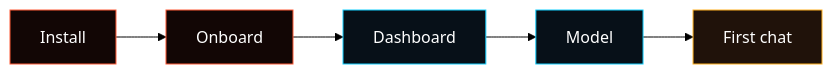
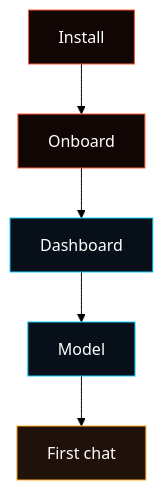
The diagram in docs/start/getting-started.md (fased-ai/fased), drawn with Mermaid (forest theme) before and after one commit. The commit also changed 264 other files, not shown here.

````diff
--- a/docs/start/getting-started.md
+++ b/docs/start/getting-started.md
@@ -27,14 +27,14 @@
 ```mermaid
-flowchart LR
+flowchart TD
   install["Install"] --> onboard["Onboard"]
   onboard --> dashboard["Dashboard"]
   dashboard --> model["Model"]
   model --> chat["First chat"]
 
   classDef setup fill:#120605,stroke:#ff5a36,color:#ffffff;
   classDef ui fill:#071018,stroke:#12cfff,color:#ffffff;
   classDef done fill:#20120a,stroke:#ffb020,color:#ffffff;
   class install,onboard setup;
   class dashboard,model ui;
   class chat done;
 ```
````
